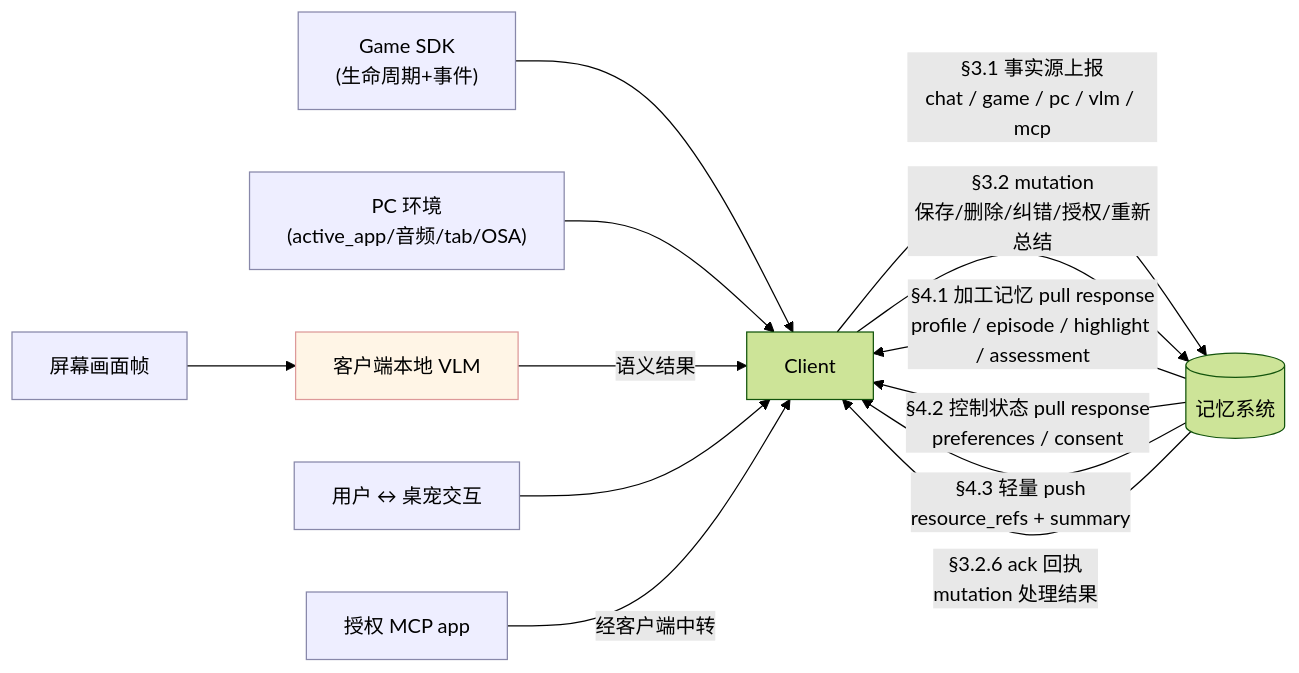
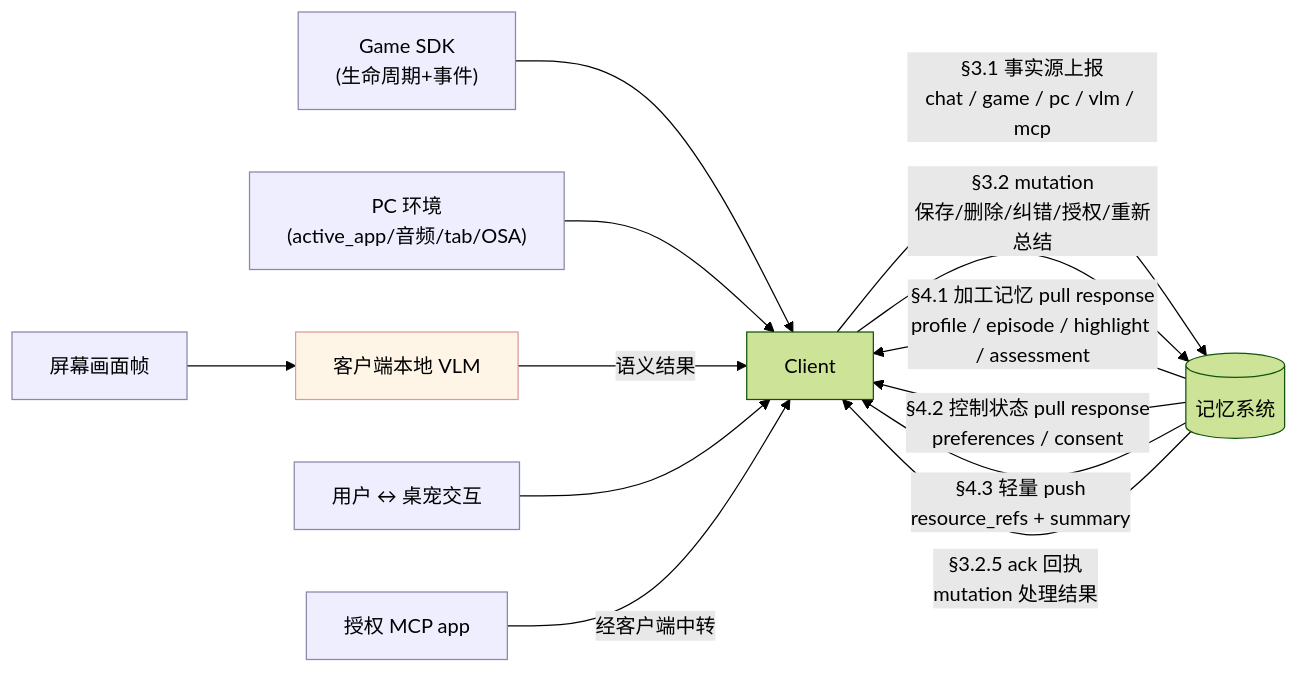
Before and after one commit to uu-yaya/ai-product-builder: the second of 13 diagrams in projects/desktop-pet/01-pm/branches/memory-dataset/DATA_FLOW_REQUIREMENT_SPECIFICATION.md, drawn with Mermaid (forest theme). The commit also changed other lines of this file and 1 other file, not shown here.

Commit message:
edit projects/desktop-pet/01-pm/branches/memory-dataset/DATA_FLOW_REQUIREMENT_SPECIFICATION.md via md-canvas

````diff
--- a/projects/desktop-pet/01-pm/branches/memory-dataset/DATA_FLOW_REQUIREMENT_SPECIFICATION.md
+++ b/projects/desktop-pet/01-pm/branches/memory-dataset/DATA_FLOW_REQUIREMENT_SPECIFICATION.md
@@ -102,19 +102,19 @@
 ```mermaid
 flowchart LR
   GameSDK["Game SDK<br/>(生命周期+事件)"]:::ext --> Client
   PC["PC 环境<br/>(active_app/音频/tab/OSA)"]:::ext --> Client
   Screen["屏幕画面帧"]:::ext --> LocalVLM["客户端本地 VLM"]:::local
   LocalVLM -->|语义结果| Client
   UserPet["用户 ↔ 桌宠交互"]:::ext --> Client
   MCPApp["授权 MCP app"]:::ext -->|经客户端中转| Client
 
   Client -->|"§3.1 事实源上报<br/>chat / game / pc / vlm / mcp"| Memory[(记忆系统)]
   Client -->|"§3.2 mutation<br/>保存/删除/纠错/授权/重新总结"| Memory
   Memory -->|"§4.1 加工记忆 pull response<br/>profile / episode / highlight / assessment"| Client
   Memory -->|"§4.2 控制状态 pull response<br/>preferences / consent"| Client
   Memory -->|"§4.3 轻量 push<br/>resource_refs + summary"| Client
-  Memory -->|"§3.2.6 ack 回执<br/>mutation 处理结果"| Client
+  Memory -->|"§3.2.5 ack 回执<br/>mutation 处理结果"| Client
 
   classDef ext fill:#eef,stroke:#88a;
   classDef local fill:#fff5e6,stroke:#d99;
 ```
````
